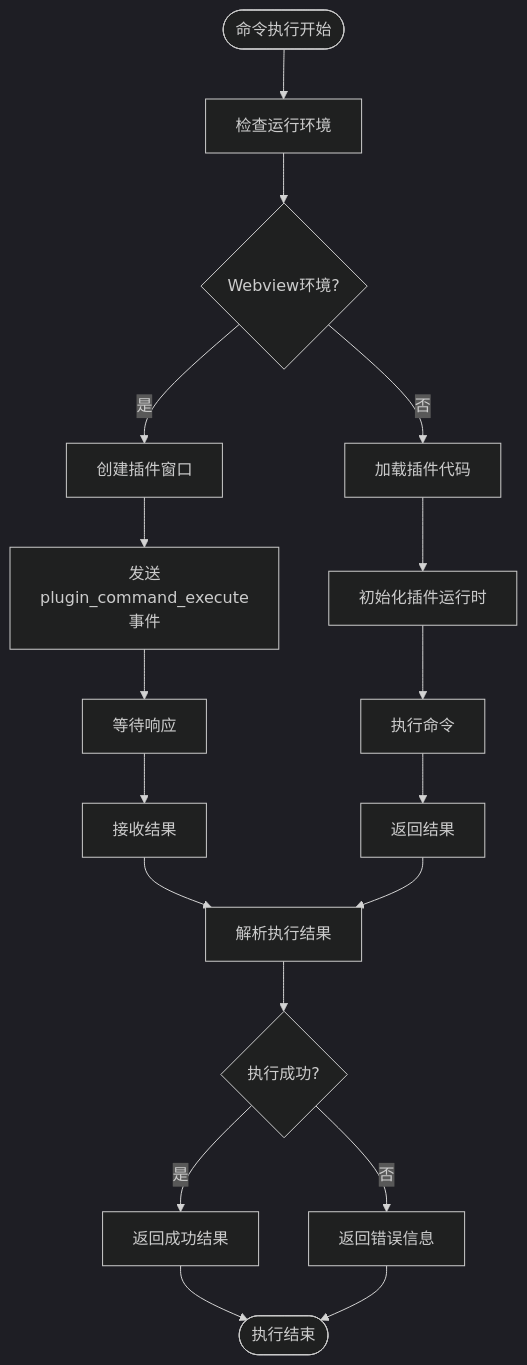
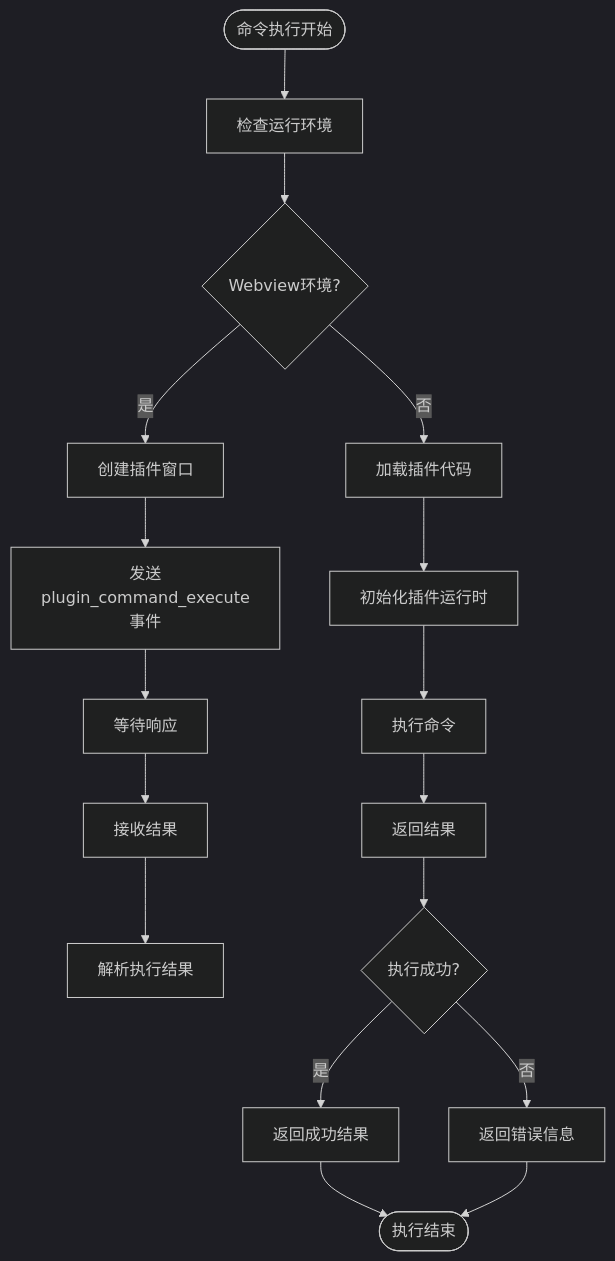
Before and after one commit to Onin-app/Onin: the sixth of 7 diagrams in .qoder/repowiki/zh/content/插件开发指南/SDK使用说明.md, drawn with Mermaid (dark theme). The commit also changed other lines of this file and 14 other files, not shown here.

````diff
--- a/.qoder/repowiki/zh/content/插件开发指南/SDK使用说明.md
+++ b/.qoder/repowiki/zh/content/插件开发指南/SDK使用说明.md
@@ -444,20 +458,19 @@
 ```mermaid
 flowchart TD
 Start([命令执行开始]) --> CheckEnv["检查运行环境"]
 CheckEnv --> IsWebview{"Webview环境?"}
 IsWebview --> |是| CreateWindow["创建插件窗口"]
 IsWebview --> |否| LoadPlugin["加载插件代码"]
 CreateWindow --> SendEvent["发送plugin_command_execute事件"]
 LoadPlugin --> InitPlugin["初始化插件运行时"]
 SendEvent --> WaitResponse["等待响应"]
 InitPlugin --> ExecuteCmd["执行命令"]
 WaitResponse --> ReceiveResult["接收结果"]
 ExecuteCmd --> ReturnResult["返回结果"]
 ReceiveResult --> ParseResult["解析执行结果"]
-ReturnResult --> ParseResult
-ParseResult --> Success{"执行成功?"}
+ReturnResult --> Success{"执行成功?"}
 Success --> |是| ReturnSuccess["返回成功结果"]
 Success --> |否| ReturnError["返回错误信息"]
 ReturnSuccess --> End([执行结束])
 ReturnError --> End
 ```
````
